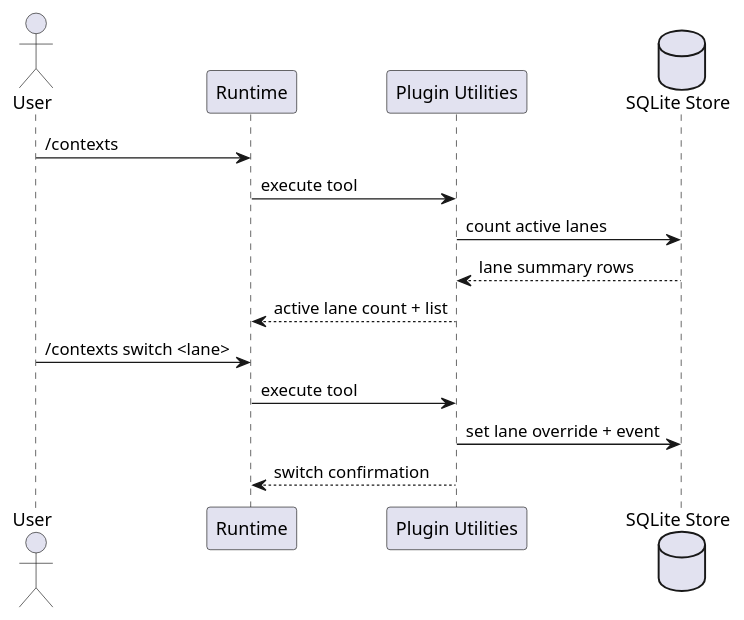
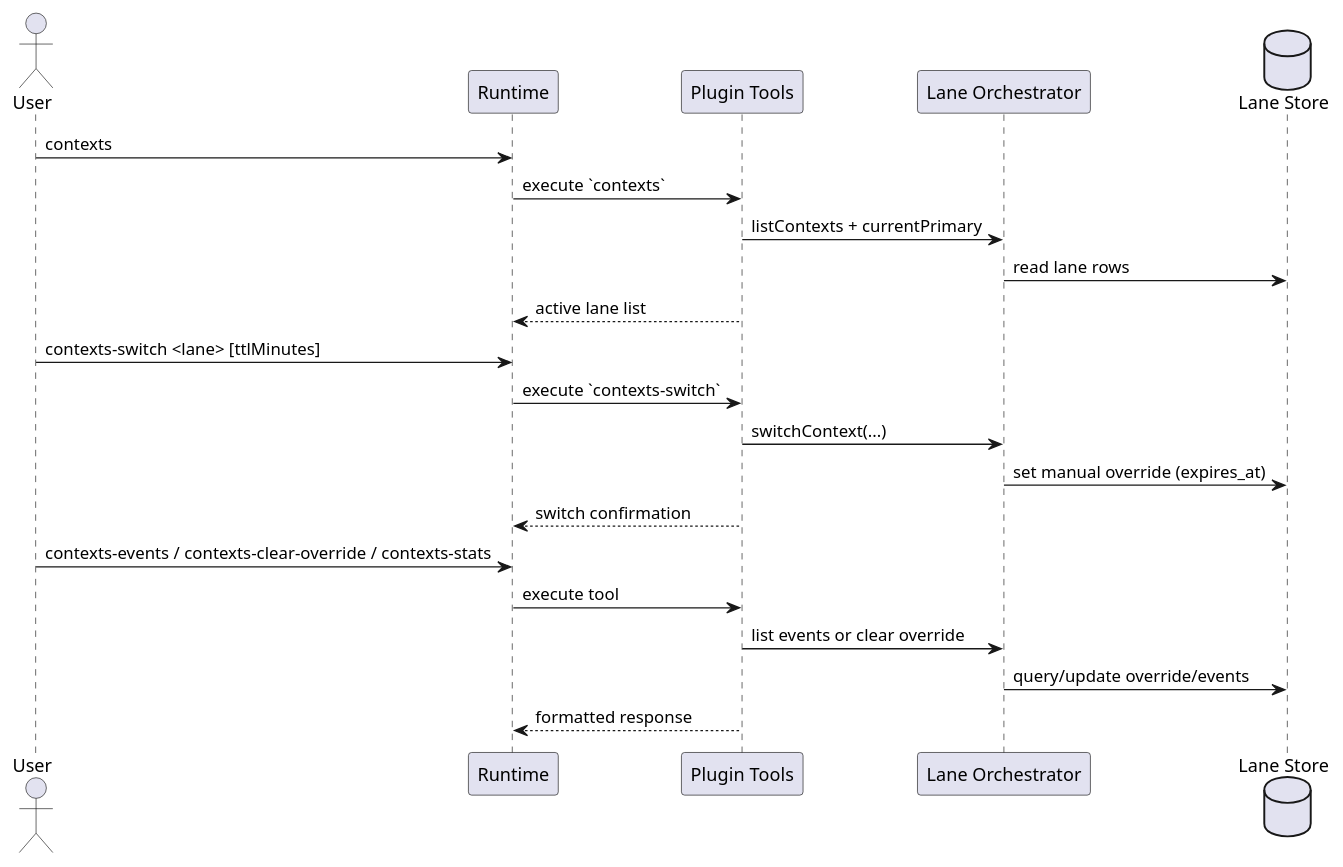
The third of 5 diagrams in docs/CONTEXT_LANES_ARCHITECTURE.md (manorit2001/opencode-rlm-plugin), drawn with PlantUML before and after one commit. The commit also changed other lines of this file and 1 other file, not shown here.

First line of the commit message:
docs: align architecture UMLs with opencode-first runtime

````diff
--- a/docs/CONTEXT_LANES_ARCHITECTURE.md
+++ b/docs/CONTEXT_LANES_ARCHITECTURE.md
@@ -113,19 +119,27 @@
 ```plantuml
 @startuml
 actor User
 participant "Runtime" as Runtime
-participant "Plugin Utilities" as Utilities
-database "SQLite Store" as Store
+participant "Plugin Tools" as Tools
+participant "Lane Orchestrator" as Orch
+database "Lane Store" as Store
 
-User -> Runtime : /contexts
-Runtime -> Utilities : execute tool
-Utilities -> Store : count active lanes
-Store --> Utilities : lane summary rows
-Utilities --> Runtime : active lane count + list
+User -> Runtime : contexts
+Runtime -> Tools : execute `contexts`
+Tools -> Orch : listContexts + currentPrimary
+Orch -> Store : read lane rows
+Tools --> Runtime : active lane list
 
-User -> Runtime : /contexts switch <lane>
-Runtime -> Utilities : execute tool
-Utilities -> Store : set lane override + event
-Utilities --> Runtime : switch confirmation
+User -> Runtime : contexts-switch <lane> [ttlMinutes]
+Runtime -> Tools : execute `contexts-switch`
+Tools -> Orch : switchContext(...)
+Orch -> Store : set manual override (expires_at)
+Tools --> Runtime : switch confirmation
+
+User -> Runtime : contexts-events / contexts-clear-override / contexts-stats
+Runtime -> Tools : execute tool
+Tools -> Orch : list events or clear override
+Orch -> Store : query/update override/events
+Tools --> Runtime : formatted response
 @enduml
 ```
````
